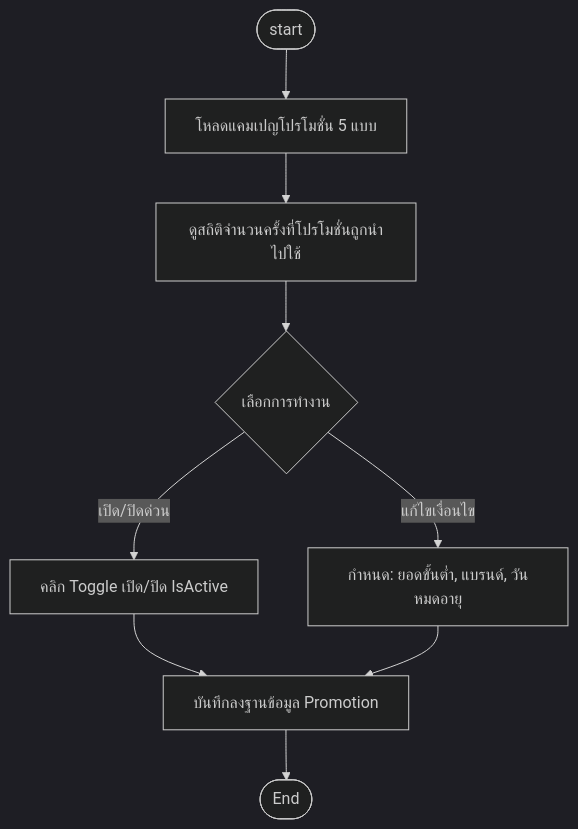
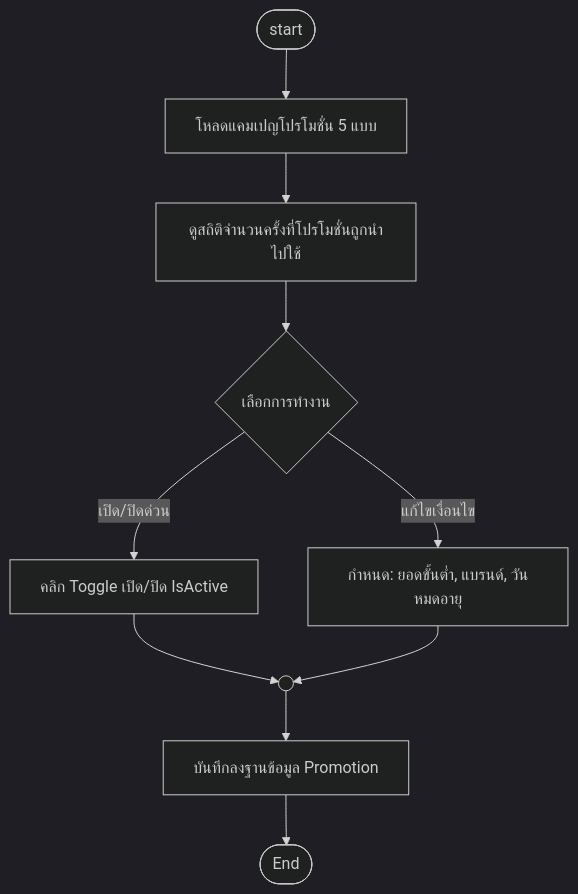
Before and after one commit to doraemon-kub/CSI402_Project-final: diagram 16 of 18 in README.md, drawn with Mermaid (dark theme). The commit also changed other lines of this file, not shown here.

Commit message:
docs: add ANSI standard on-page connector symbols (( )) to loop-back and junction flowcharts

````diff
--- a/README.md
+++ b/README.md
@@ -370,11 +389,12 @@
 ```mermaid
 flowchart TD
     Start([start]) --> LoadPromos[โหลดแคมเปญโปรโมชั่น 5 แบบ]
     LoadPromos --> ViewStats[ดูสถิติจำนวนครั้งที่โปรโมชั่นถูกนำไปใช้]
     ViewStats --> PromoAction{เลือกการทำงาน}
     PromoAction -- เปิด/ปิดด่วน --> ToggleActive[คลิก Toggle เปิด/ปิด IsActive]
     PromoAction -- แก้ไขเงื่อนไข --> EditRule[กำหนด: ยอดขั้นต่ำ, แบรนด์, วันหมดอายุ]
-    ToggleActive --> SavePromoDB[บันทึกลงฐานข้อมูล Promotion]
-    EditRule --> SavePromoDB
+    ToggleActive --> ConnPromoSave(( ))
+    EditRule --> ConnPromoSave
+    ConnPromoSave --> SavePromoDB[บันทึกลงฐานข้อมูล Promotion]
     SavePromoDB --> End([End])
 ```
````
